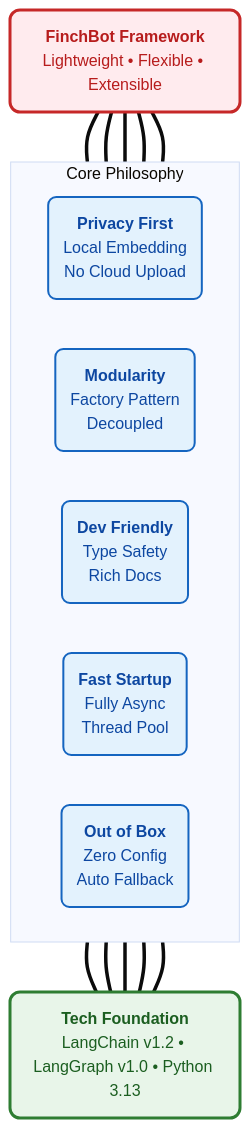
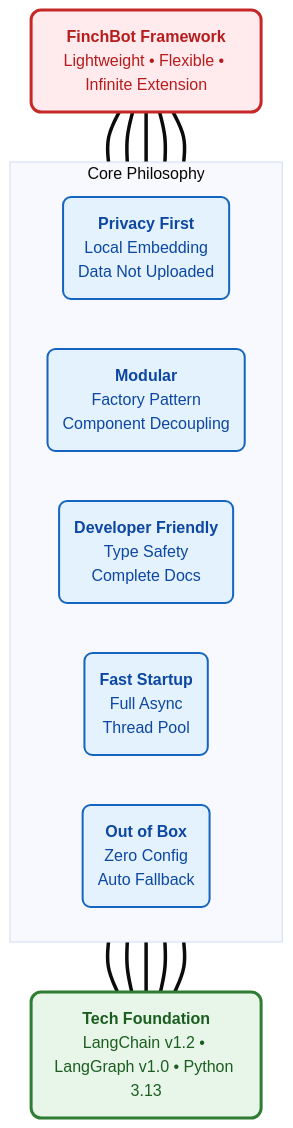
Before and after one commit to xt765/FinchBot: the first of 6 diagrams in docs/en-US/blog/finchbot-flexible-ai-agent-framework.md, drawn with Mermaid (base theme). The commit also changed other lines of this file and 1 other file, not shown here.

````diff
--- a/docs/en-US/blog/finchbot-flexible-ai-agent-framework.md
+++ b/docs/en-US/blog/finchbot-flexible-ai-agent-framework.md
@@ -63,27 +66,22 @@
 ```mermaid
 graph BT
-    %% Style Definitions
     classDef roof fill:#ffebee,stroke:#c62828,stroke-width:3px,color:#b71c1c,rx:10,ry:10;
     classDef pillar fill:#e3f2fd,stroke:#1565c0,stroke-width:2px,color:#0d47a1,rx:8,ry:8;
     classDef base fill:#e8f5e9,stroke:#2e7d32,stroke-width:3px,color:#1b5e20,rx:10,ry:10;
 
-    %% Roof
-    Roof(" <b>FinchBot Framework</b><br/>Lightweight • Flexible • Extensible"):::roof
+    Roof("<b>FinchBot Framework</b><br/>Lightweight • Flexible • Infinite Extension"):::roof
 
-    %% Pillars
     subgraph Pillars [Core Philosophy]
         direction LR
-        P(" <b>Privacy First</b><br/>Local Embedding<br/>No Cloud Upload"):::pillar
-        M(" <b>Modularity</b><br/>Factory Pattern<br/>Decoupled"):::pillar
-        D(" <b>Dev Friendly</b><br/>Type Safety<br/>Rich Docs"):::pillar
-        S(" <b>Fast Startup</b><br/>Fully Async<br/>Thread Pool"):::pillar
-        O(" <b>Out of Box</b><br/>Zero Config<br/>Auto Fallback"):::pillar
+        P("<b>Privacy First</b><br/>Local Embedding<br/>Data Not Uploaded"):::pillar
+        M("<b>Modular</b><br/>Factory Pattern<br/>Component Decoupling"):::pillar
+        D("<b>Developer Friendly</b><br/>Type Safety<br/>Complete Docs"):::pillar
+        S("<b>Fast Startup</b><br/>Full Async<br/>Thread Pool"):::pillar
+        O("<b>Out of Box</b><br/>Zero Config<br/>Auto Fallback"):::pillar
     end
 
-    %% Foundation
-    Base(" <b>Tech Foundation</b><br/>LangChain v1.2 • LangGraph v1.0 • Python 3.13"):::base
+    Base("<b>Tech Foundation</b><br/>LangChain v1.2 • LangGraph v1.0 • Python 3.13"):::base
 
-    %% Connections
     Base === P & M & D & S & O
     P & M & D & S & O === Roof
 ```
````
